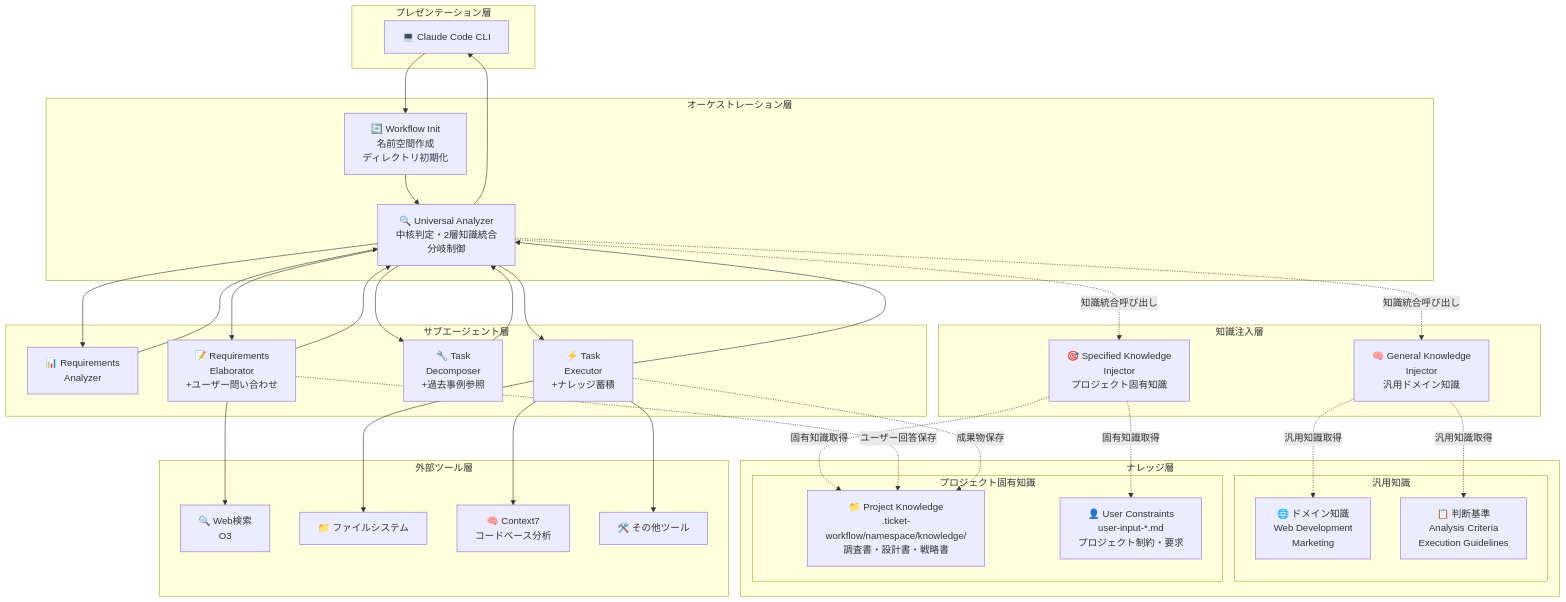
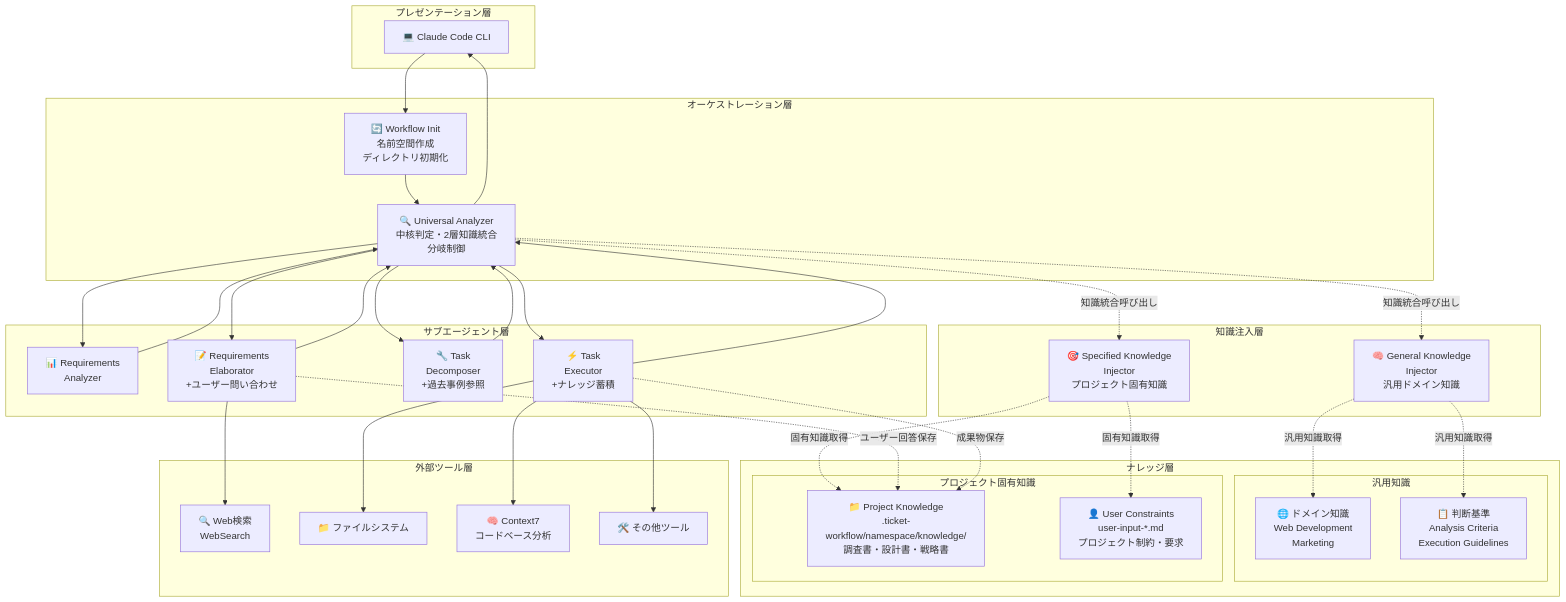
One commit to tamtam-fitness/ticket-workflow-command changed the first of 2 diagrams in README.md. Above: the diagram before and after it, drawn with Mermaid. The commit also changed 2 other files, not shown here.

Commit message:
use web search instead of o3

````diff
--- a/README.md
+++ b/README.md
@@ -38,69 +38,69 @@
 ```mermaid
 graph TB
     subgraph "プレゼンテーション層"
         CLI[💻 Claude Code CLI]
     end
 
     subgraph "オーケストレーション層"
         UA[🔍 Universal Analyzer<br/>中核判定・2層知識統合<br/>分岐制御]
         WF_INIT[🔄 Workflow Init<br/>名前空間作成<br/>ディレクトリ初期化]
     end
 
     subgraph "サブエージェント層"
         REQ_ANA[📊 Requirements<br/>Analyzer]
         REQ_ELAB[📝 Requirements<br/>Elaborator<br/>+ユーザー問い合わせ]
         TASK_DECOMP[🔧 Task<br/>Decomposer<br/>+過去事例参照]
         TASK_EXEC[⚡ Task<br/>Executor<br/>+ナレッジ蓄積]
     end
 
     subgraph "知識注入層"
         GEN_KNOW[🧠 General Knowledge<br/>Injector<br/>汎用ドメイン知識]
         SPEC_KNOW[🎯 Specified Knowledge<br/>Injector<br/>プロジェクト固有知識]
     end
 
     subgraph "ナレッジ層"
         subgraph "汎用知識"
             DOMAIN[🌐 ドメイン知識<br/>Web Development<br/>Marketing]
             CRITERIA[📋 判断基準<br/>Analysis Criteria<br/>Execution Guidelines]
         end
         subgraph "プロジェクト固有知識"
             PROJ_KNOW["📁 Project Knowledge<br/>.ticket-workflow/namespace/knowledge/<br/>調査書・設計書・戦略書"]
             USER_KNOW["👤 User Constraints<br/>user-input-*.md<br/>プロジェクト制約・要求"]
         end
     end
 
     subgraph "外部ツール層"
-        WEB_SEARCH[🔍 Web検索<br/>O3]
+        WEB_SEARCH[🔍 Web検索<br/>WebSearch]
         FILE_SYSTEM[📁 ファイルシステム]
         CONTEXT7[🧠 Context7<br/>コードベース分析]
         TOOLS[🛠️ その他ツール]
     end
 
     CLI --> WF_INIT
     WF_INIT --> UA
     UA --> REQ_ANA
     UA --> REQ_ELAB
     UA --> TASK_DECOMP
     UA --> TASK_EXEC
 
     UA -.->|知識統合呼び出し| GEN_KNOW
     UA -.->|知識統合呼び出し| SPEC_KNOW
 
     GEN_KNOW -.->|汎用知識取得| DOMAIN
     GEN_KNOW -.->|汎用知識取得| CRITERIA
     SPEC_KNOW -.->|固有知識取得| PROJ_KNOW
     SPEC_KNOW -.->|固有知識取得| USER_KNOW
 
     REQ_ELAB --> WEB_SEARCH
     REQ_ELAB -.->|ユーザー回答保存| PROJ_KNOW
     TASK_EXEC --> FILE_SYSTEM
     TASK_EXEC --> CONTEXT7
     TASK_EXEC --> TOOLS
     TASK_EXEC -.->|成果物保存| PROJ_KNOW
 
     REQ_ANA --> UA
     REQ_ELAB --> UA
     TASK_DECOMP --> UA
     TASK_EXEC --> UA
     UA --> CLI
 ```
````
